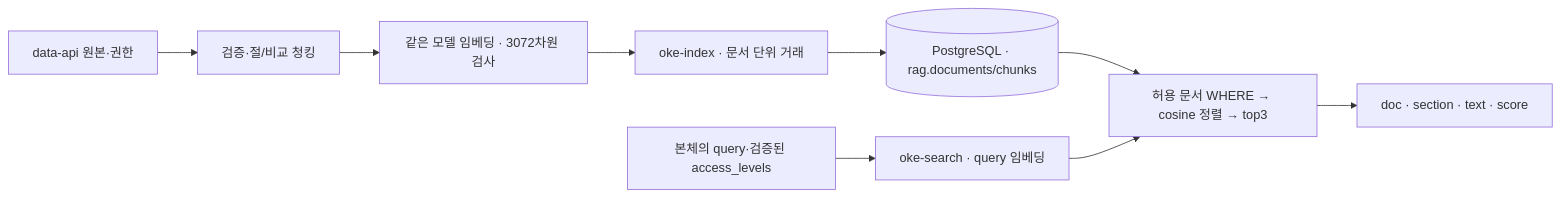
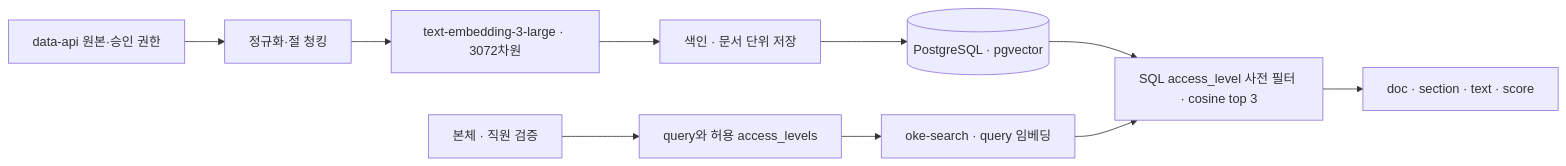
One commit to encore-ai-campus/aio-01-p4-team1 changed the diagram in docs/RAG-ARCHITECTURE.md. Above: the diagram before and after it, drawn with Mermaid. The commit also changed other lines of this file and 12 other files, not shown here.

````diff
--- a/docs/RAG-ARCHITECTURE.md
+++ b/docs/RAG-ARCHITECTURE.md
@@ -71,11 +82,12 @@
 ```mermaid
 flowchart LR
-  D["data-api 원본·권한"] --> C["검증·절/비교 청킹"]
-  C --> E["같은 모델 임베딩 · 3072차원 검사"]
-  E --> I["oke-index · 문서 단위 거래"]
-  I --> P[("PostgreSQL · rag.documents/chunks")]
-  Q["본체의 query·검증된 access_levels"] --> S["oke-search · query 임베딩"]
-  P --> F["허용 문서 WHERE → cosine 정렬 → top3"]
+  D["data-api 원본·승인 권한"] --> C["정규화·절 청킹"]
+  C --> E["text-embedding-3-large · 3072차원"]
+  E --> I["색인 · 문서 단위 저장"]
+  I --> P[("PostgreSQL · pgvector")]
+  U["본체 · 직원 검증"] --> Q["query와 허용 access_levels"]
+  Q --> S["oke-search · query 임베딩"]
+  P --> F["SQL access_level 사전 필터 · cosine top 3"]
   S --> F
   F --> R["doc · section · text · score"]
 ```
````
